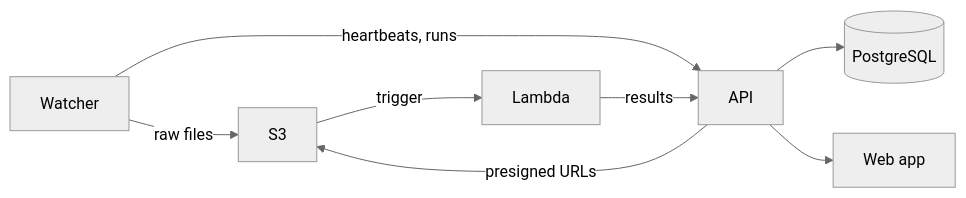
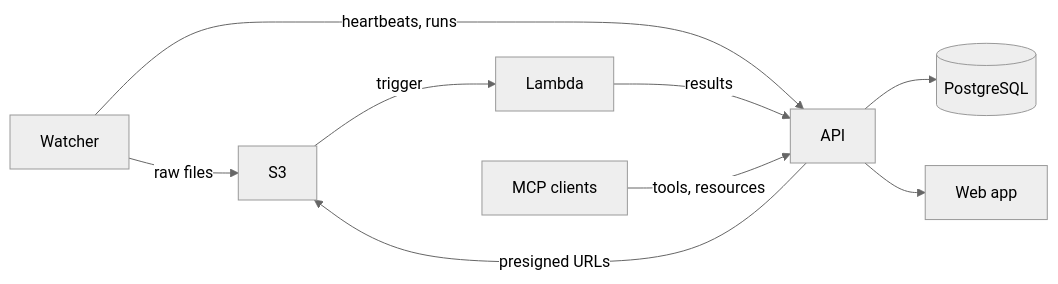
The diagram in docs/architecture.md (Arcadia-Science/data-hub), drawn with Mermaid (neutral theme) before and after one commit. The commit also changed other lines of this file and 15 other files, not shown here.

First line of the commit message:
Add MCP server with tools, resources, and prompts (#22)

````diff
--- a/docs/architecture.md
+++ b/docs/architecture.md
@@ -7,10 +7,11 @@
 ```mermaid
 flowchart LR
     W[Watcher] -->|raw files| S3[S3]
     S3 -->|trigger| L[Lambda]
     W -->|heartbeats, runs| API[API]
     L -->|results| API
     API -->|presigned URLs| S3
     API --> DB[(PostgreSQL)]
     API --> UI[Web app]
+    MCP[MCP clients] -->|tools, resources| API
 ```
````
